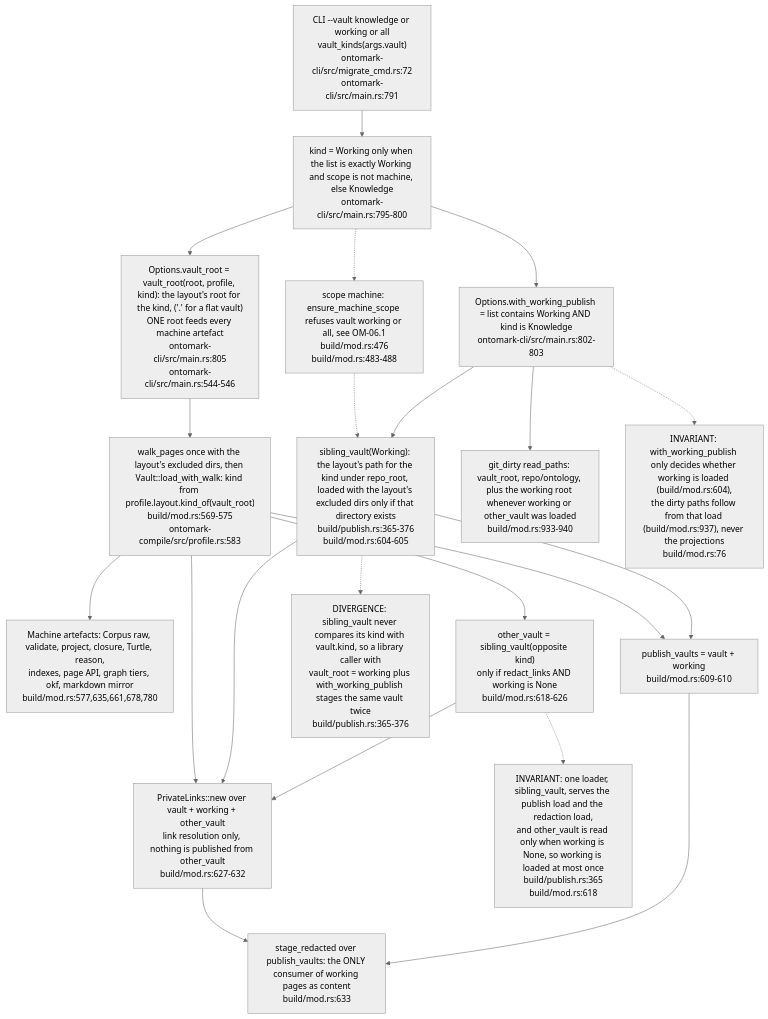
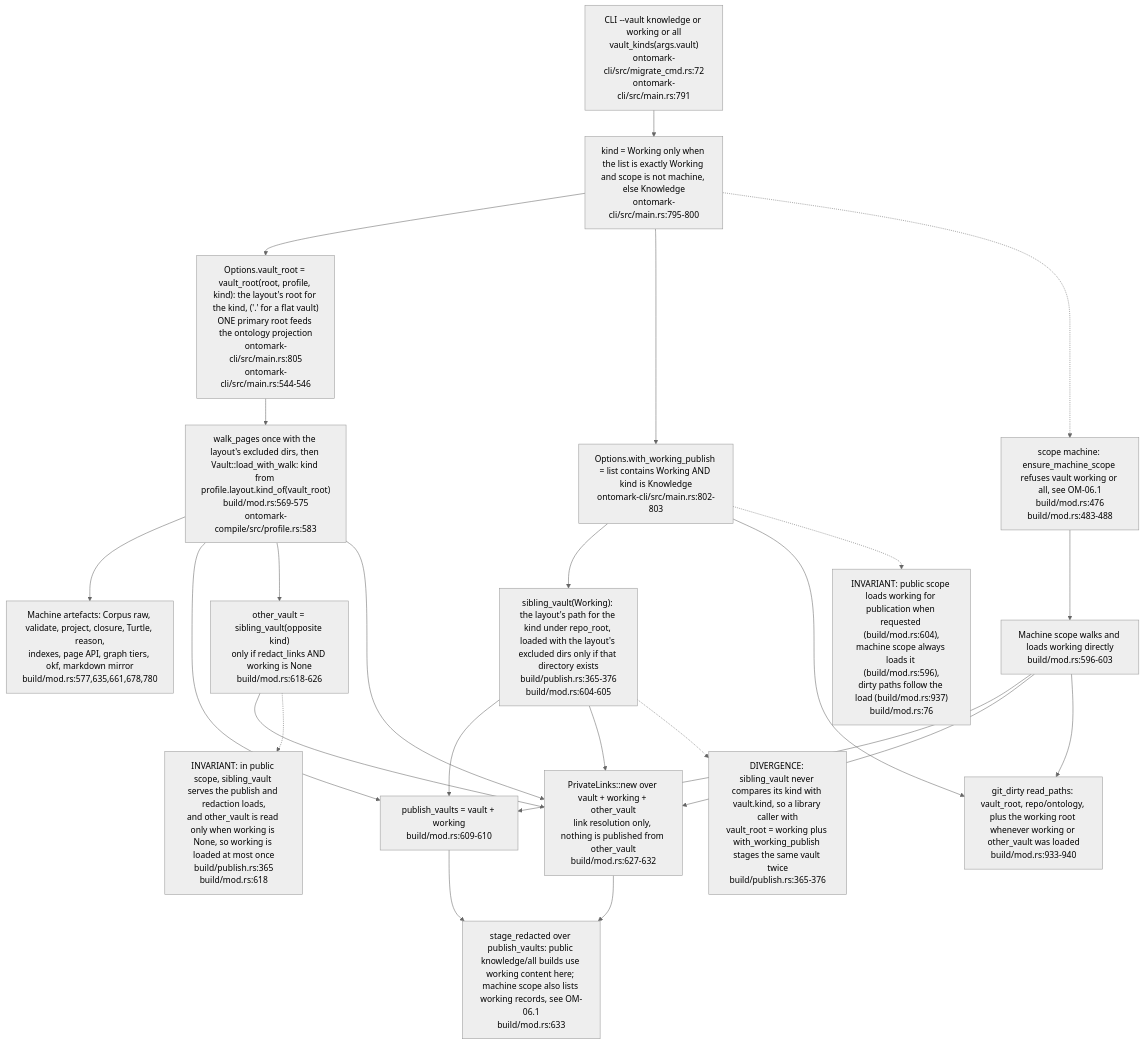
Before and after one commit to DreamLab-AI/VisionFlow: the second of 8 diagrams in docs/diagrams/ontomark/03-build-run-gates-staging-and-generation.md, drawn with Mermaid (neutral theme). The commit also changed other lines of this file and 64 other files, not shown here.

Commit message:
docs: audit Ontomark machine bundle contracts

````diff
--- a/docs/diagrams/ontomark/03-build-run-gates-staging-and-generation.md
+++ b/docs/diagrams/ontomark/03-build-run-gates-staging-and-generation.md
@@ -74,33 +75,36 @@
 ```mermaid
 flowchart TD
     ARG["CLI --vault knowledge or working or all<br/>vault_kinds(args.vault)<br/>ontomark-cli/src/migrate_cmd.rs:72<br/>ontomark-cli/src/main.rs:791"]
     KIND["kind = Working only when the list is exactly Working and scope is not machine, else Knowledge<br/>ontomark-cli/src/main.rs:795-800"]
-    ROOT["Options.vault_root = vault_root(root, profile, kind): the layout's root for the kind, ('.' for a flat vault)<br/>ONE root feeds every machine artefact<br/>ontomark-cli/src/main.rs:805<br/>ontomark-cli/src/main.rs:544-546"]
+    ROOT["Options.vault_root = vault_root(root, profile, kind): the layout's root for the kind, ('.' for a flat vault)<br/>ONE primary root feeds the ontology projection<br/>ontomark-cli/src/main.rs:805<br/>ontomark-cli/src/main.rs:544-546"]
     WIDE["Options.with_working_publish = list contains Working AND kind is Knowledge<br/>ontomark-cli/src/main.rs:802-803"]
     MSC["scope machine: ensure_machine_scope refuses vault working or all, see OM-06.1<br/>build/mod.rs:476<br/>build/mod.rs:483-488"]
     LOAD["walk_pages once with the layout's excluded dirs, then Vault::load_with_walk: kind from profile.layout.kind_of(vault_root)<br/>build/mod.rs:569-575<br/>ontomark-compile/src/profile.rs:583"]
     MACH["Machine artefacts: Corpus raw, validate, project, closure, Turtle, reason,<br/>indexes, page API, graph tiers, okf, markdown mirror<br/>build/mod.rs:577,635,661,678,780"]
     SW["sibling_vault(Working): the layout's path for the kind under repo_root, loaded with the layout's excluded dirs only if that directory exists<br/>build/publish.rs:365-376<br/>build/mod.rs:604-605"]
     PUBV["publish_vaults = vault + working<br/>build/mod.rs:609-610"]
-    STAGE["stage_redacted over publish_vaults: the ONLY consumer of working pages as content<br/>build/mod.rs:633"]
+    STAGE["stage_redacted over publish_vaults: public knowledge/all builds use working content here; machine scope also lists working records, see OM-06.1<br/>build/mod.rs:633"]
     OTHER["other_vault = sibling_vault(opposite kind)<br/>only if redact_links AND working is None<br/>build/mod.rs:618-626"]
     PL["PrivateLinks::new over vault + working + other_vault<br/>link resolution only, nothing is published from other_vault<br/>build/mod.rs:627-632"]
     GITD["git_dirty read_paths: vault_root, repo/ontology, plus the working root whenever working or other_vault was loaded<br/>build/mod.rs:933-940"]
-    N1["INVARIANT: with_working_publish only decides whether working is loaded (build/mod.rs:604),<br/>the dirty paths follow from that load (build/mod.rs:937), never the projections<br/>build/mod.rs:76"]
-    N2["INVARIANT: one loader, sibling_vault, serves the publish load and the redaction load,<br/>and other_vault is read only when working is None, so working is loaded at most once<br/>build/publish.rs:365<br/>build/mod.rs:618"]
+    N1["INVARIANT: public scope loads working for publication when requested (build/mod.rs:604),<br/>machine scope always loads it (build/mod.rs:596),<br/>dirty paths follow the load (build/mod.rs:937)<br/>build/mod.rs:76"]
+    N2["INVARIANT: in public scope, sibling_vault serves the publish and redaction loads,<br/>and other_vault is read only when working is None, so working is loaded at most once<br/>build/publish.rs:365<br/>build/mod.rs:618"]
     N3["DIVERGENCE: sibling_vault never compares its kind with vault.kind, so a library caller with<br/>vault_root = working plus with_working_publish stages the same vault twice<br/>build/publish.rs:365-376"]
     ARG --> KIND --> ROOT --> LOAD --> MACH
     KIND --> WIDE
     WIDE --> SW --> PUBV --> STAGE
     LOAD --> PUBV
     LOAD --> OTHER --> PL
     SW --> PL
     LOAD --> PL
     PL --> STAGE
     WIDE --> GITD
     KIND -.-> MSC
-    MSC -.-> SW
+    MSC --> ML["Machine scope walks and loads working directly<br/>build/mod.rs:596-603"]
+    ML --> PUBV
+    ML --> PL
+    ML --> GITD
     WIDE -.-> N1
     OTHER -.-> N2
     SW -.-> N3
 ```
````
